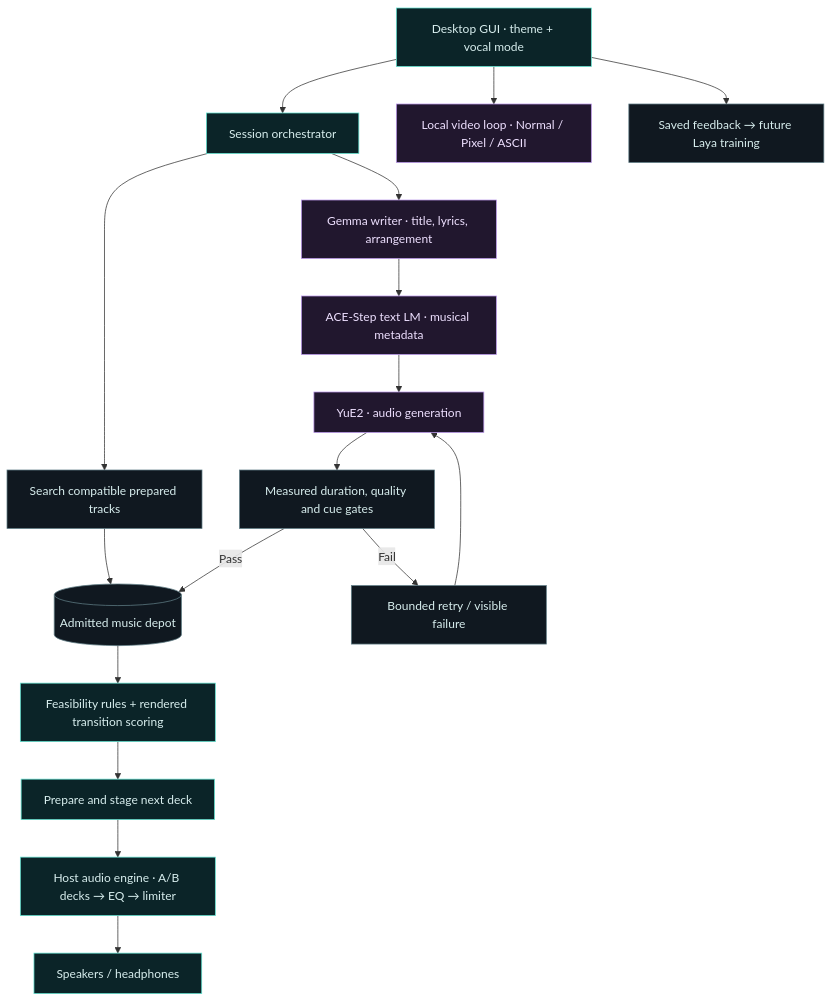
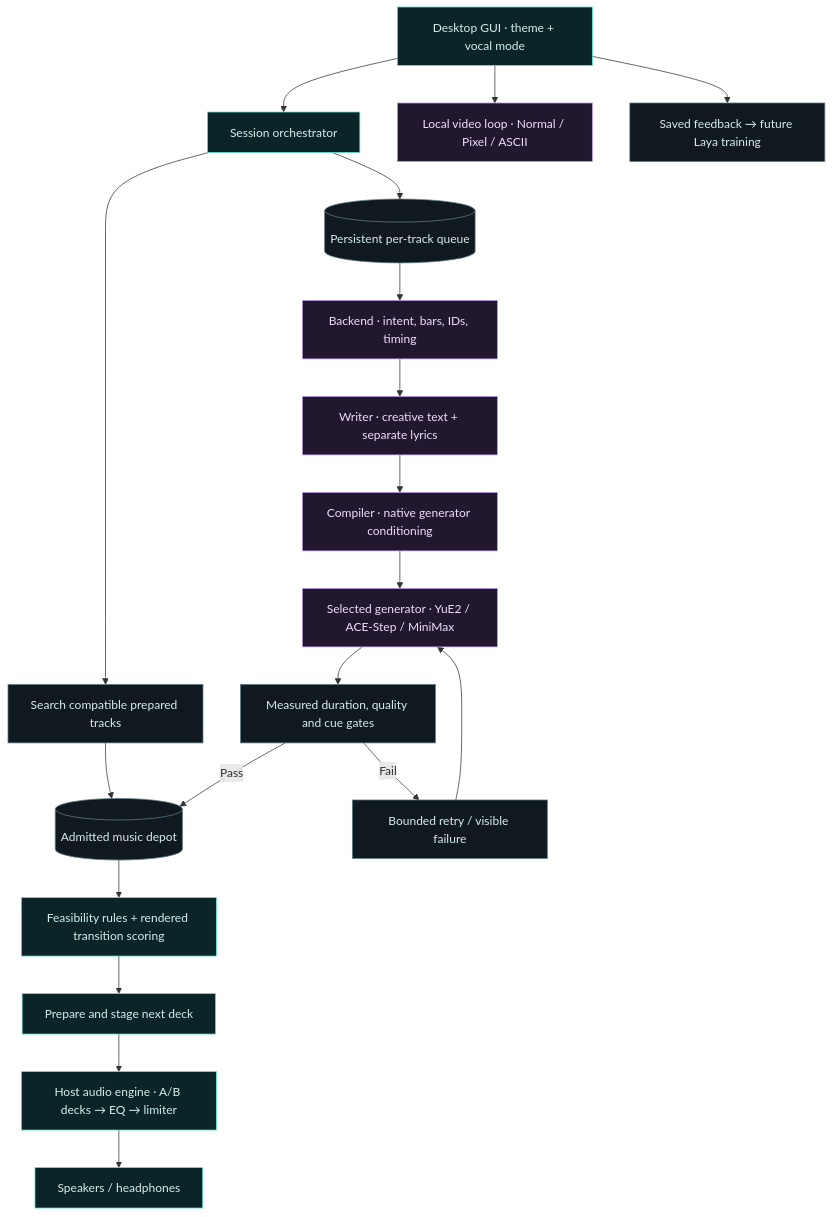
One commit to mkaydin/vexa-deck changed the first of 3 diagrams in README.md. Above: the diagram before and after it, drawn with Mermaid. The commit also changed other lines of this file and 92 other files, not shown here.

````diff
--- a/README.md
+++ b/README.md
@@ -59,25 +59,27 @@
 ```mermaid
 flowchart TD
     UI["Desktop GUI · theme + vocal mode"] --> Session["Session orchestrator"]
     Session --> Search["Search compatible prepared tracks"]
     Search --> Depot[("Admitted music depot")]
-    Session --> Writer["Gemma writer · title, lyrics, arrangement"]
-    Writer --> Planner["ACE-Step text LM · musical metadata"]
-    Planner --> Yue["YuE2 · audio generation"]
+    Session --> Jobs[("Persistent per-track queue")]
+    Jobs --> Planner["Backend · intent, bars, IDs, timing"]
+    Planner --> Writer["Writer · creative text + separate lyrics"]
+    Writer --> Compile["Compiler · native generator conditioning"]
+    Compile --> Yue["Selected generator · YuE2 / ACE-Step / MiniMax"]
     Yue --> Gates["Measured duration, quality and cue gates"]
     Gates -->|Pass| Depot
     Gates -->|Fail| Retry["Bounded retry / visible failure"]
     Retry --> Yue
     Depot --> Rules["Feasibility rules + rendered transition scoring"]
     Rules --> Prep["Prepare and stage next deck"]
     Prep --> Audio["Host audio engine · A/B decks → EQ → limiter"]
     Audio --> Out["Speakers / headphones"]
     UI --> Video["Local video loop · Normal / Pixel / ASCII"]
     UI --> Feedback["Saved feedback → future Laya training"]
     classDef cyan fill:#0b2428,stroke:#63e3d1,color:#d8eeee;
     classDef violet fill:#21172e,stroke:#bb98ea,color:#eee0ff;
     classDef neutral fill:#101820,stroke:#607d86,color:#d8eeee;
     class UI,Session,Rules,Prep,Audio,Out cyan;
-    class Writer,Planner,Yue,Video violet;
-    class Search,Depot,Gates,Retry,Feedback neutral;
+    class Writer,Planner,Compile,Yue,Video violet;
+    class Search,Jobs,Depot,Gates,Retry,Feedback neutral;
 ```
````
